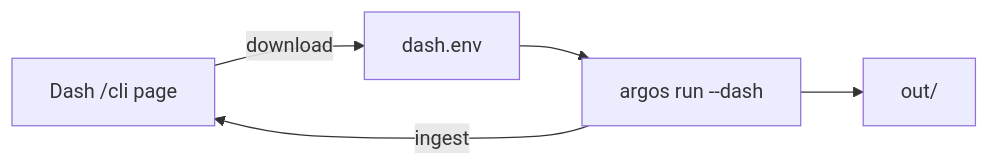
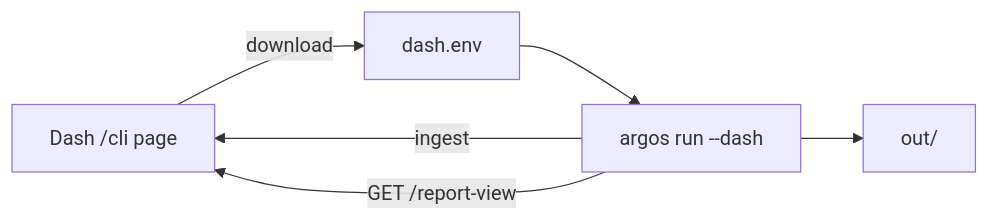
One commit to lpythu/argos changed the second of 2 diagrams in docs/index.md. Above: the diagram before and after it, drawn with Mermaid. The commit also changed other lines of this file and 89 other files, not shown here.

First line of the commit message:
Keep the library on GitHub and load the report viewer from dash.

````diff
--- a/docs/index.md
+++ b/docs/index.md
@@ -44,11 +44,12 @@
 ```mermaid
 flowchart LR
   dashUI["Dash /cli page"]
   envFile["dash.env"]
   cli["argos run --dash"]
   out["out/"]
   dashUI -->|download| envFile
   envFile --> cli
   cli --> out
   cli -->|ingest| dashUI
+  cli -->|"GET /report-view"| dashUI
 ```
````
